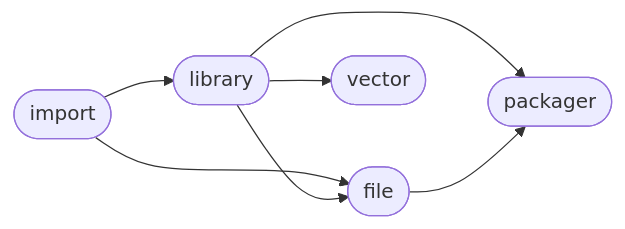
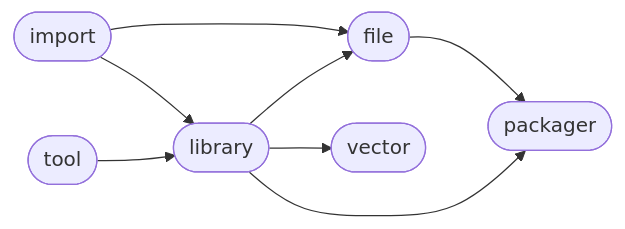
Before and after one commit to Mandera/Mandera: the diagram in README.md, drawn with Mermaid. The commit also changed other lines of this file, not shown here.

Commit message:
[CI AUTO] For commit sha reference

````diff
--- a/README.md
+++ b/README.md
@@ -6,14 +6,16 @@
 ```mermaid
 flowchart LR
-1([library]) --> 3([vector])
-1([library]) --> 4([packager])
-0([import]) --> 2([file])
-1([library]) --> 2([file])
-0([import]) --> 1([library])
-2([file]) --> 4([packager])
+3([file]) --> 5([packager])
+0([import]) --> 3([file])
+2([library]) --> 3([file])
+2([library]) --> 4([vector])
+2([library]) --> 5([packager])
+1([tool]) --> 2([library])
+0([import]) --> 2([library])
 click 0 "https://github.com/ManderaGeneral/generalimport"
-click 1 "https://github.com/ManderaGeneral/generallibrary"
-click 2 "https://github.com/ManderaGeneral/generalfile"
-click 3 "https://github.com/ManderaGeneral/generalvector"
-click 4 "https://github.com/ManderaGeneral/generalpackager"
+click 1 "https://github.com/ManderaGeneral/generaltool"
+click 2 "https://github.com/ManderaGeneral/generallibrary"
+click 3 "https://github.com/ManderaGeneral/generalfile"
+click 4 "https://github.com/ManderaGeneral/generalvector"
+click 5 "https://github.com/ManderaGeneral/generalpackager"
 ```
````
